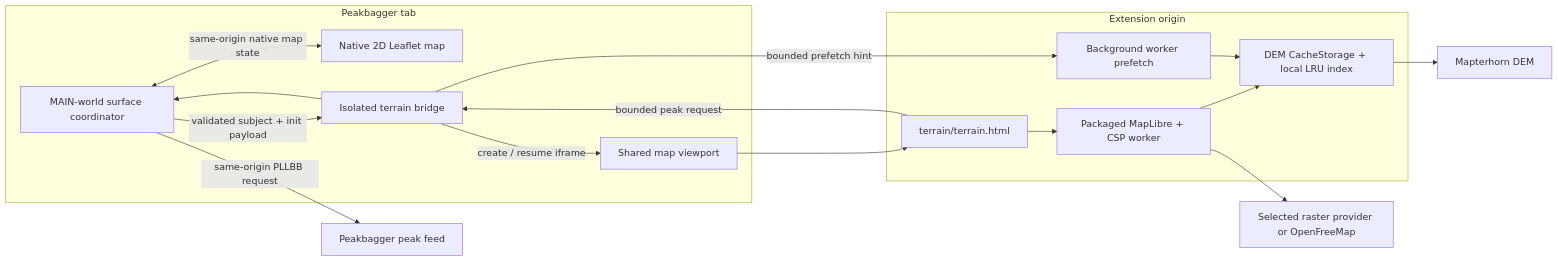
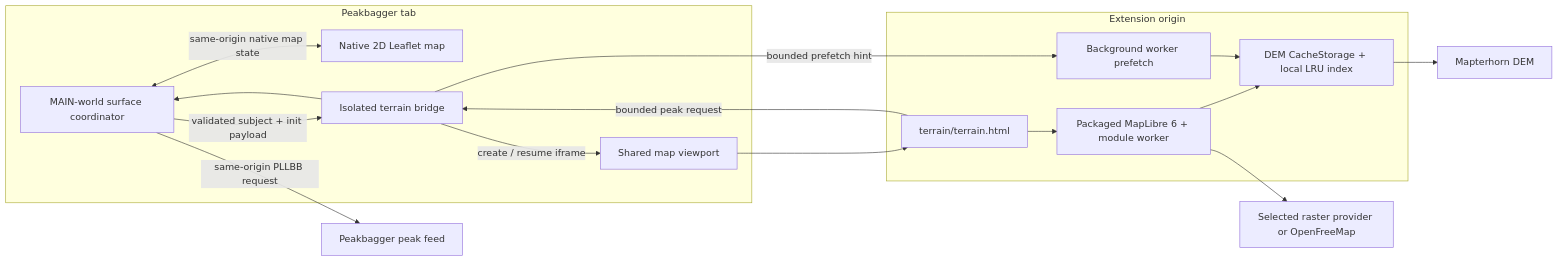
The first of 2 diagrams in docs/3d-map.md (wilmtang/better-peakbagger), drawn with Mermaid before and after one commit. The commit also changed other lines of this file and 8 other files, not shown here.

````diff
--- a/docs/3d-map.md
+++ b/docs/3d-map.md
@@ -63,30 +63,30 @@
 ```mermaid
 flowchart LR
     subgraph peakbagger["Peakbagger tab"]
         native["Native 2D Leaflet map"]
         page["MAIN-world surface coordinator"]
         bridge["Isolated terrain bridge"]
         mount["Shared map viewport"]
     end
 
     subgraph extension["Extension origin"]
         frame["terrain/terrain.html"]
-        maplibre["Packaged MapLibre + CSP worker"]
+        maplibre["Packaged MapLibre 6 + module worker"]
         cache["DEM CacheStorage + local LRU index"]
         worker["Background worker prefetch"]
     end
 
     page -->|"validated subject + init payload"| bridge
     bridge -->|"create / resume iframe"| mount
     mount --> frame
     frame --> maplibre
     maplibre --> cache
     page <-->|"same-origin native map state"| native
     frame -->|"bounded peak request"| bridge
     bridge --> page
     page -->|"same-origin PLLBB request"| peakbaggerFeed["Peakbagger peak feed"]
     bridge -->|"bounded prefetch hint"| worker
     worker --> cache
     cache --> dem["Mapterhorn DEM"]
     maplibre --> imagery["Selected raster provider or OpenFreeMap"]
 ```
````
